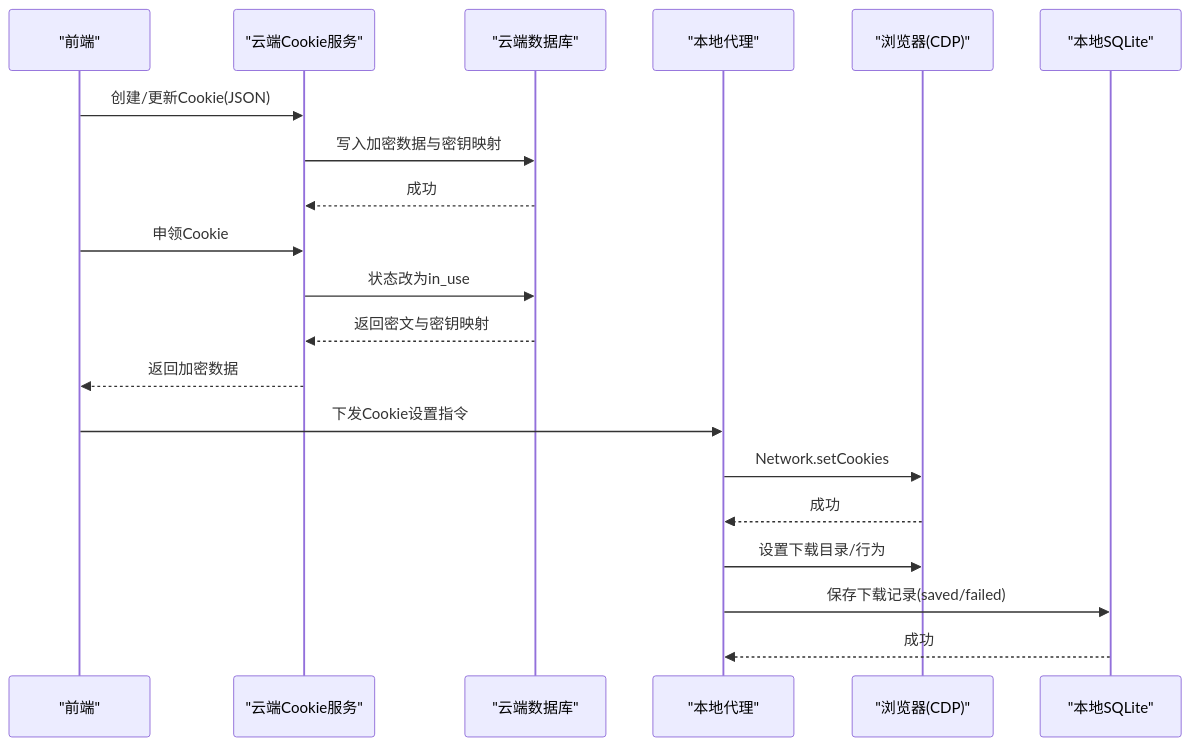
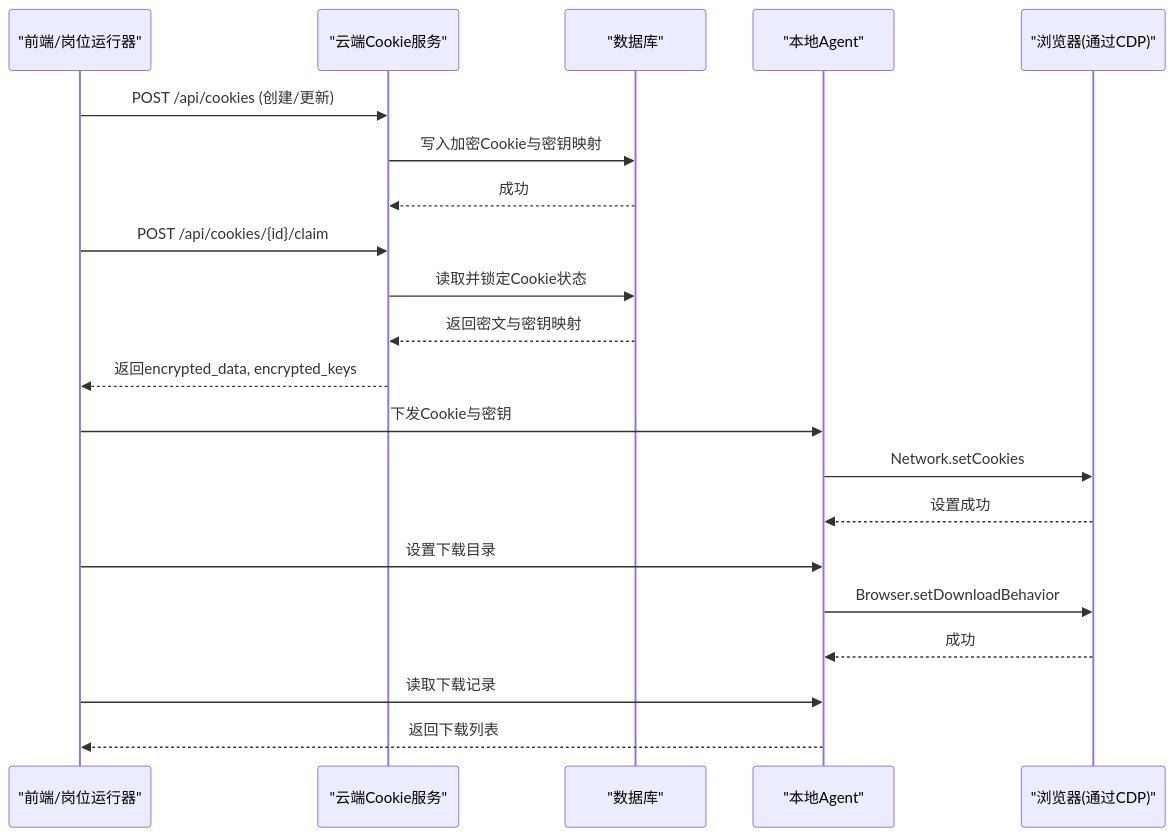
The second of 7 diagrams in .qoder/repowiki/zh/content/本地执行器/浏览器自动化/浏览器控制器/Cookie与下载管理.md (alvinwangzi/goodhr), drawn with Mermaid before and after one commit. The commit also changed other lines of this file and 149 other files, not shown here.

````diff
--- a/.qoder/repowiki/zh/content/本地执行器/浏览器自动化/浏览器控制器/Cookie与下载管理.md
+++ b/.qoder/repowiki/zh/content/本地执行器/浏览器自动化/浏览器控制器/Cookie与下载管理.md
@@ -118,22 +100,23 @@
 ```mermaid
 sequenceDiagram
-participant FE as "前端"
+participant FE as "前端/岗位运行器"
 participant Cloud as "云端Cookie服务"
-participant DB as "云端数据库"
-participant Agent as "本地代理"
-participant Browser as "浏览器(CDP)"
-participant Store as "本地SQLite"
-FE->>Cloud : 创建/更新Cookie(JSON)
-Cloud->>DB : 写入加密数据与密钥映射
+participant DB as "数据库"
+participant Agent as "本地Agent"
+participant Browser as "浏览器(通过CDP)"
+FE->>Cloud : POST /api/cookies (创建/更新)
+Cloud->>DB : 写入加密Cookie与密钥映射
 DB-->>Cloud : 成功
-FE->>Cloud : 申领Cookie
-Cloud->>DB : 状态改为in_use
+FE->>Cloud : POST /api/cookies/{id}/claim
+Cloud->>DB : 读取并锁定Cookie状态
 DB-->>Cloud : 返回密文与密钥映射
-Cloud-->>FE : 返回加密数据
-FE->>Agent : 下发Cookie设置指令
+Cloud-->>FE : 返回encrypted_data, encrypted_keys
+FE->>Agent : 下发Cookie与密钥
 Agent->>Browser : Network.setCookies
+Browser-->>Agent : 设置成功
+FE->>Agent : 设置下载目录
+Agent->>Browser : Browser.setDownloadBehavior
 Browser-->>Agent : 成功
-Agent->>Browser : 设置下载目录/行为
-Agent->>Store : 保存下载记录(saved/failed)
-Store-->>Agent : 成功
+FE->>Agent : 读取下载记录
+Agent-->>FE : 返回下载列表
 ```
````
